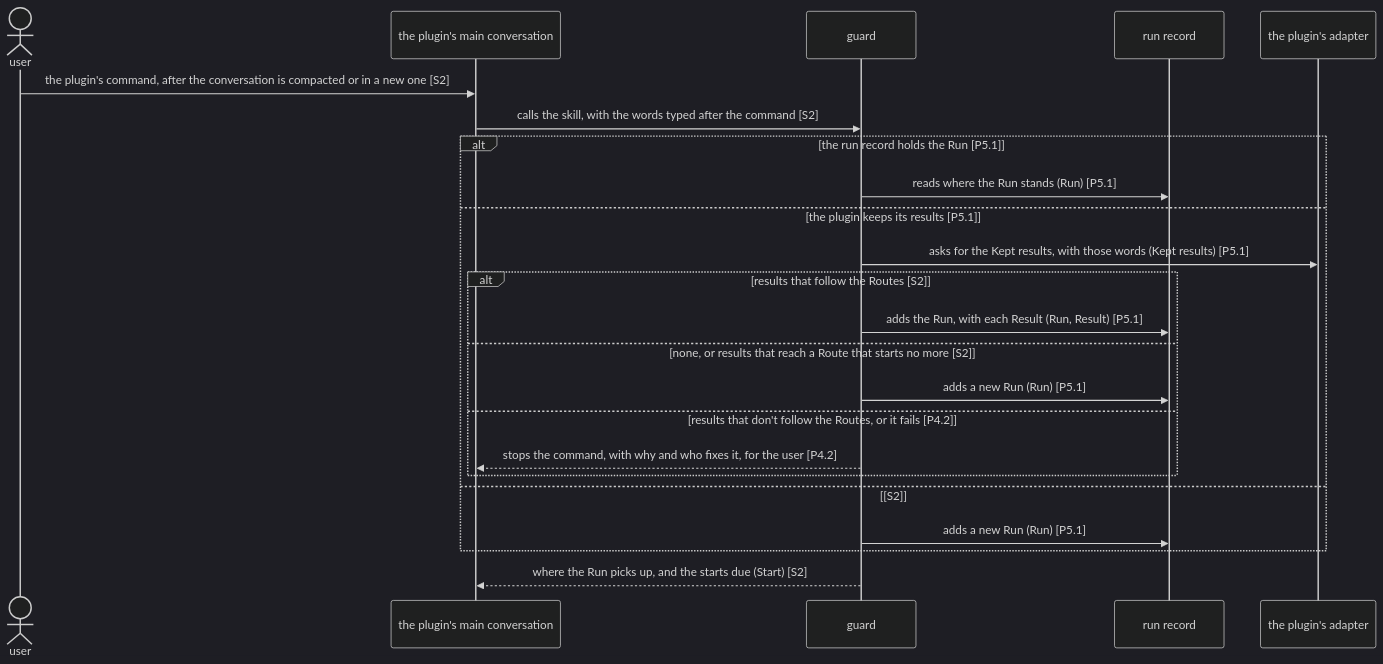
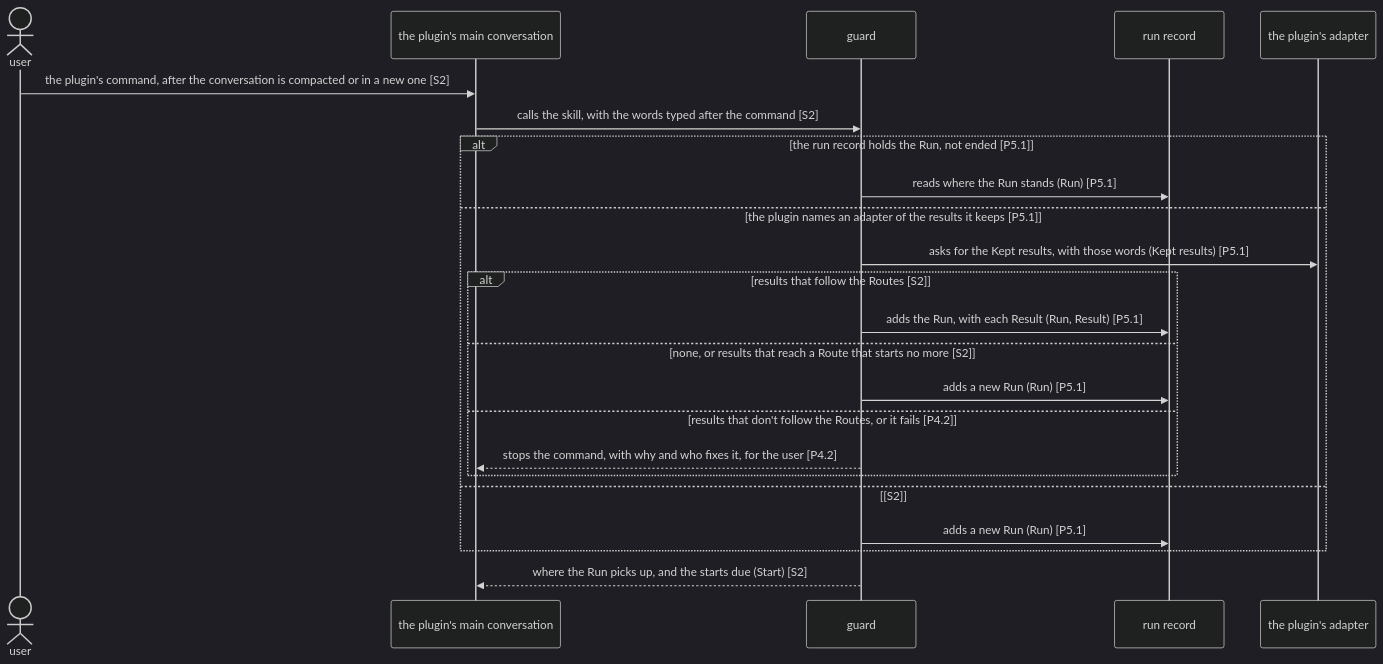
One commit to lovaizu/ccpm changed the second of 2 diagrams in dev/lane/architecture.md. Above: the diagram before and after it, drawn with Mermaid (dark theme). The commit also changed other lines of this file and 3 other files, not shown here.

````diff
--- a/dev/lane/architecture.md
+++ b/dev/lane/architecture.md
@@ -218,25 +250,25 @@
 ```mermaid
 sequenceDiagram
   actor U as user
   participant M as the plugin's main conversation
   participant G as guard
   participant RR as run record
   participant A as the plugin's adapter
   U->>M: the plugin's command, after the conversation is compacted or in a new one [S2]
   M->>G: calls the skill, with the words typed after the command [S2]
-  alt the run record holds the Run [P5.1]
+  alt the run record holds the Run, not ended [P5.1]
     G->>RR: reads where the Run stands (Run) [P5.1]
-  else the plugin keeps its results [P5.1]
+  else the plugin names an adapter of the results it keeps [P5.1]
     G->>A: asks for the Kept results, with those words (Kept results) [P5.1]
     alt results that follow the Routes [S2]
       G->>RR: adds the Run, with each Result (Run, Result) [P5.1]
     else none, or results that reach a Route that starts no more [S2]
       G->>RR: adds a new Run (Run) [P5.1]
     else results that don't follow the Routes, or it fails [P4.2]
       G-->>M: stops the command, with why and who fixes it, for the user [P4.2]
     end
   else [S2]
     G->>RR: adds a new Run (Run) [P5.1]
   end
   G-->>M: where the Run picks up, and the starts due (Start) [S2]
 ```
````
